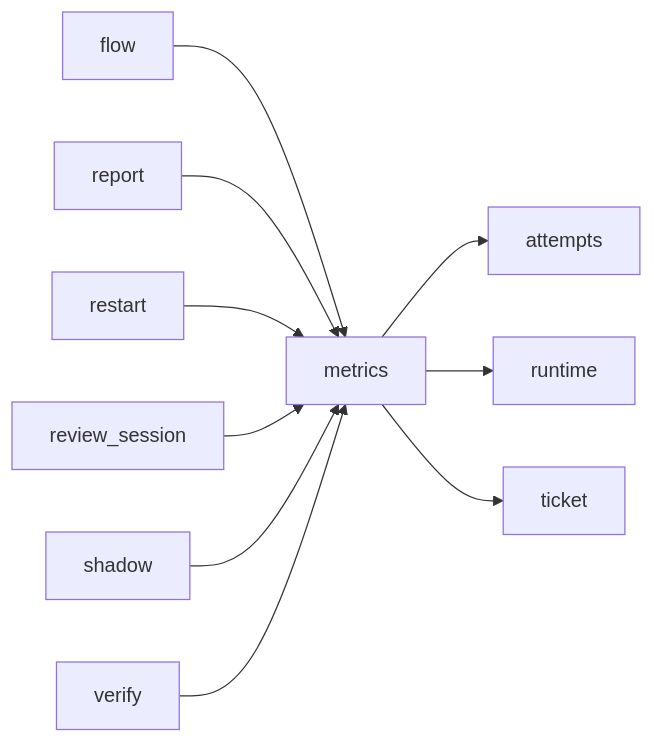
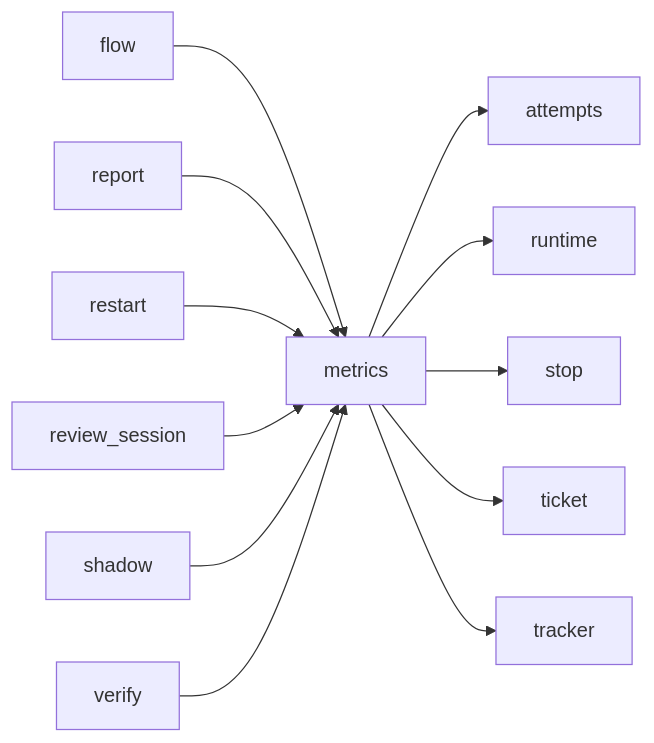
The third of 3 diagrams in docs/architecture/modules/metrics.md (plaplanche/ariane), drawn with Mermaid before and after one commit. The commit also changed other lines of this file and 19 other files, not shown here.

````diff
--- a/docs/architecture/modules/metrics.md
+++ b/docs/architecture/modules/metrics.md
@@ -73,12 +75,14 @@
 ```mermaid
 flowchart LR
   flow --> metrics
   metrics --> attempts
   metrics --> runtime
+  metrics --> stop
   metrics --> ticket
+  metrics --> tracker
   report --> metrics
   restart --> metrics
   review_session --> metrics
   shadow --> metrics
   verify --> metrics
 ```
````
